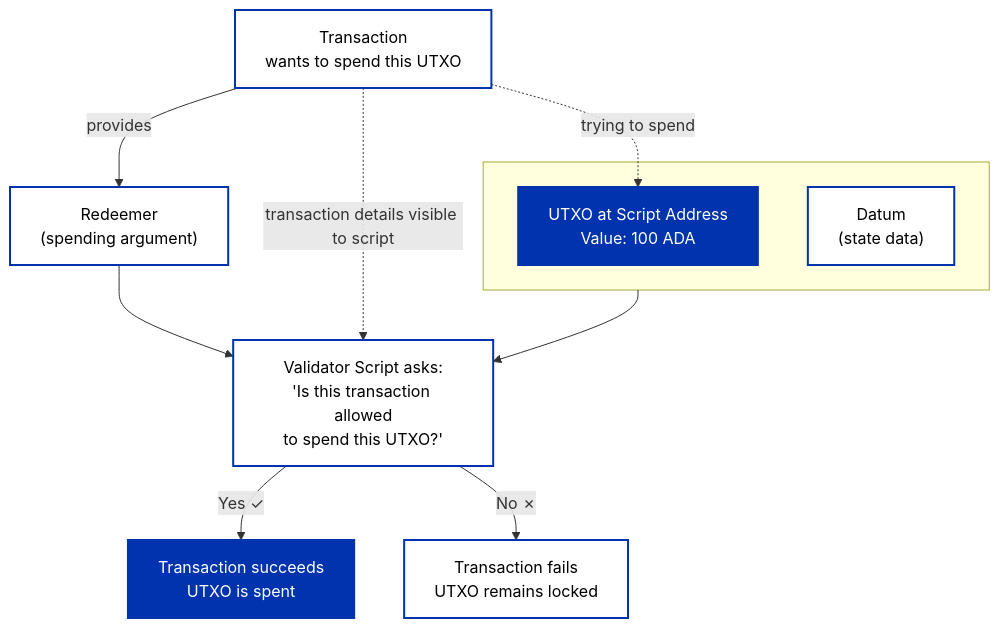
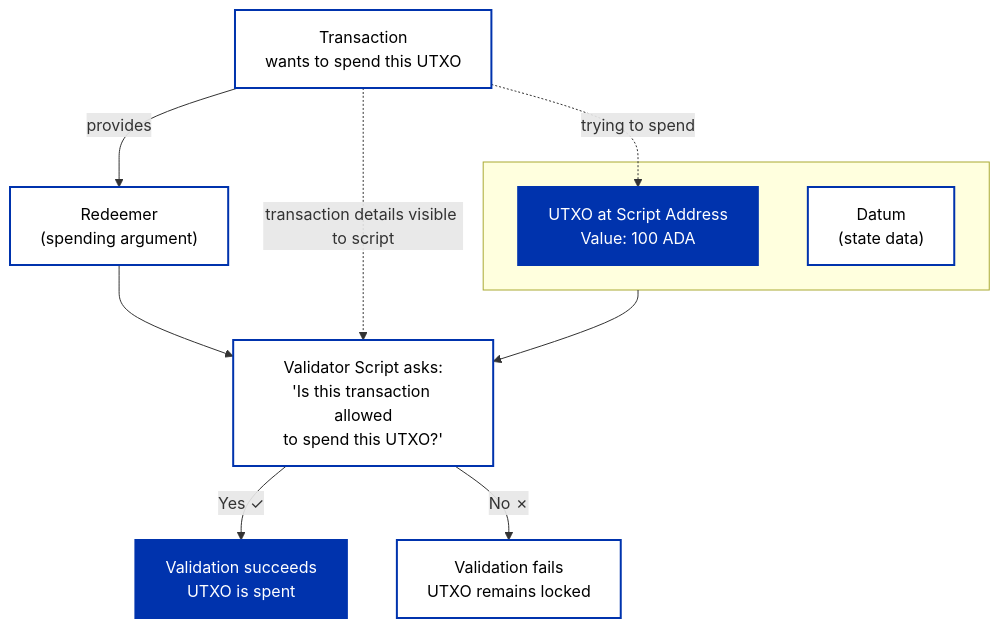
One commit to cardano-foundation/developer-portal changed the first of 2 diagrams in docs/smart-contracts/overview.md. Above: the diagram before and after it, drawn with Mermaid. The commit also changed 6 other files, not shown here.

Commit message:
Update sidebar for smart contracts, modify validation terminology in diagrams

````diff
--- a/docs/smart-contracts/overview.md
+++ b/docs/smart-contracts/overview.md
@@ -73,29 +73,29 @@
 ```mermaid
 graph TB
     subgraph LOCKED[" "]
         UTXO["UTXO at Script Address<br/>Value: 100 ADA"]
         DATUM["Datum<br/>(state data)"]
     end
 
     TX["Transaction<br/>wants to spend this UTXO"]
 
     TX -.->|"trying to spend"| UTXO
     TX -->|"provides"| REDEEMER["Redeemer<br/>(spending argument)"]
 
     SCRIPT["Validator Script asks:<br/>'Is this transaction allowed<br/>to spend this UTXO?'"]
 
     LOCKED --> SCRIPT
     REDEEMER --> SCRIPT
     TX -.->|"transaction details visible to script"| SCRIPT
 
-    SCRIPT -->|"Yes ✓"| APPROVED["Transaction succeeds<br/>UTXO is spent"]
-    SCRIPT -->|"No ✗"| REJECTED["Transaction fails<br/>UTXO remains locked"]
+    SCRIPT -->|"Yes ✓"| APPROVED["Validation succeeds<br/>UTXO is spent"]
+    SCRIPT -->|"No ✗"| REJECTED["Validation fails<br/>UTXO remains locked"]
 
     style UTXO fill:#0033AD,stroke:#0033AD,stroke-width:2px,color:#FFFFFF
     style DATUM fill:#FFFFFF,stroke:#0033AD,stroke-width:2px,color:#000000
     style TX fill:#FFFFFF,stroke:#0033AD,stroke-width:2px,color:#000000
     style REDEEMER fill:#FFFFFF,stroke:#0033AD,stroke-width:2px,color:#000000
     style SCRIPT fill:#FFFFFF,stroke:#0033AD,stroke-width:2px,color:#000000
     style APPROVED fill:#0033AD,stroke:#0033AD,stroke-width:2px,color:#FFFFFF
     style REJECTED fill:#FFFFFF,stroke:#0033AD,stroke-width:2px,color:#000000
 ```
````
